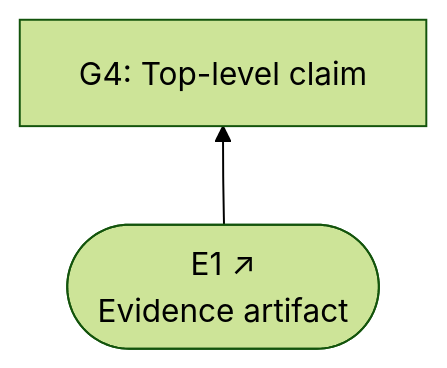
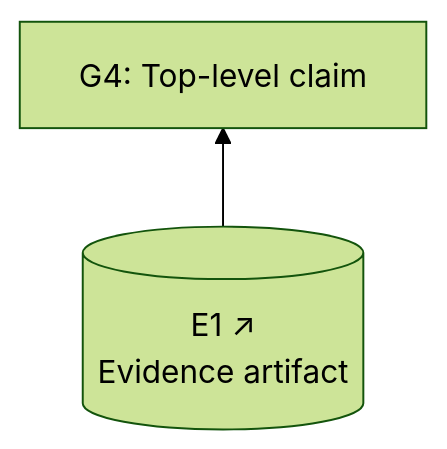
Diagram 19 of 19 in docs/sacm-mermaid.md (coreinfrastructure/best-practices-badge), drawn with Mermaid (forest theme) before and after one commit. The commit also changed other lines of this file, not shown here.

First line of the commit message:
Switch ArtifactReference shape to cylinder; add Demonstrations section

````diff
--- a/docs/sacm-mermaid.md
+++ b/docs/sacm-mermaid.md
@@ -664,7 +676,7 @@
 ```mermaid
 flowchart BT
-    E1(["E1 ↗<br/>Evidence artifact"])
+    E1[("E1 ↗<br/>Evidence artifact")]
     G4["G4: Top-level claim"]
 
     E1 --> G4
 ```
````
